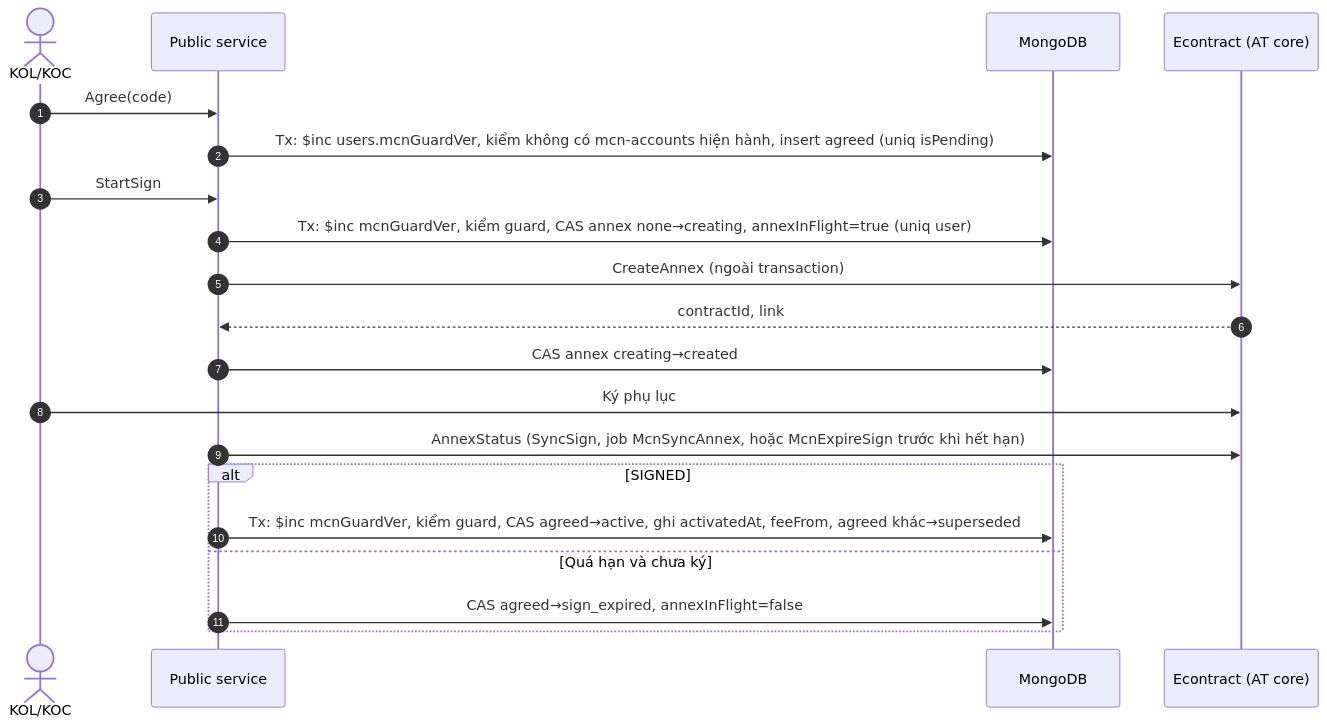
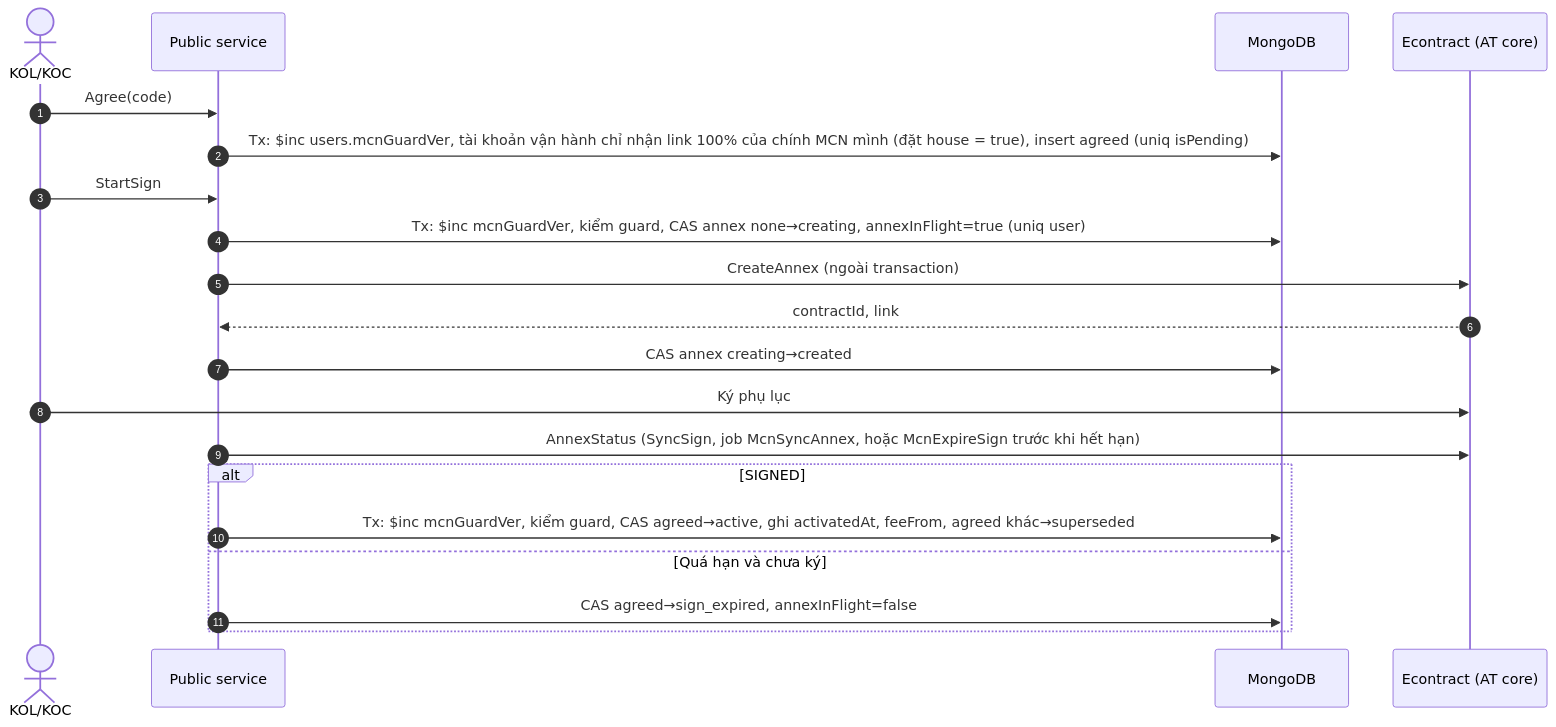
The eighth of 10 diagrams in mcn/techspec-mcn-phase1-2026-11-04.md (viewboost/accesstrade-docs), drawn with Mermaid before and after one commit. The commit also changed other lines of this file, not shown here.

Commit message:
docs(mcn): tech spec v2.1 - ra soat cau chu cho de doc, sua mau thuan vi du, moc ap dung, co LedgerV2, so du am theo chien dich, cau hoi mo

````diff
--- a/mcn/techspec-mcn-phase1-2026-11-04.md
+++ b/mcn/techspec-mcn-phase1-2026-11-04.md
@@ -839,22 +867,22 @@
 ```mermaid
 sequenceDiagram
   autonumber
   actor K as KOL/KOC
   participant S as Public service
   participant DB as MongoDB
   participant E as Econtract (AT core)
   K->>S: Agree(code)
-  S->>DB: Tx: $inc users.mcnGuardVer, kiểm không có mcn-accounts hiện hành, insert agreed (uniq isPending)
+  S->>DB: Tx: $inc users.mcnGuardVer, tài khoản vận hành chỉ nhận link 100% của chính MCN mình (đặt house = true), insert agreed (uniq isPending)
   K->>S: StartSign
   S->>DB: Tx: $inc mcnGuardVer, kiểm guard, CAS annex none→creating, annexInFlight=true (uniq user)
   S->>E: CreateAnnex (ngoài transaction)
   E-->>S: contractId, link
   S->>DB: CAS annex creating→created
   K->>E: Ký phụ lục
   S->>E: AnnexStatus (SyncSign, job McnSyncAnnex, hoặc McnExpireSign trước khi hết hạn)
   alt SIGNED
     S->>DB: Tx: $inc mcnGuardVer, kiểm guard, CAS agreed→active, ghi activatedAt, feeFrom, agreed khác→superseded
   else Quá hạn và chưa ký
     S->>DB: CAS agreed→sign_expired, annexInFlight=false
   end
 ```
````
